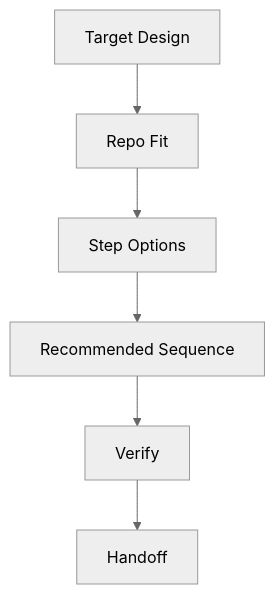
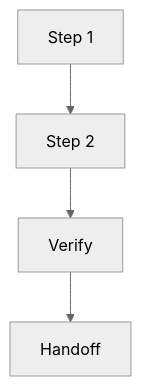
The diagram in .workflow/templates/plan.md (FlutteryEmbers/workflow), drawn with Mermaid (neutral theme) before and after one commit. The commit also changed other lines of this file and 50 other files, not shown here.

````diff
--- a/.workflow/templates/plan.md
+++ b/.workflow/templates/plan.md
@@ -39,8 +31,6 @@
 ```mermaid
 flowchart TD
-    target_design["Target Design"] --> repo_fit["Repo Fit"]
-    repo_fit --> step_options["Step Options"]
-    step_options --> sequence_node["Recommended Sequence"]
-    sequence_node --> verify_node["Verify"]
+    step_one["Step 1"] --> step_two["Step 2"]
+    step_two --> verify_node["Verify"]
     verify_node --> handoff_node["Handoff"]
 ```
````
